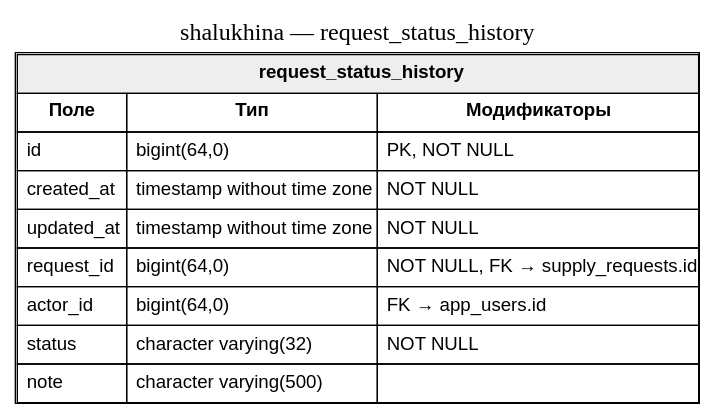
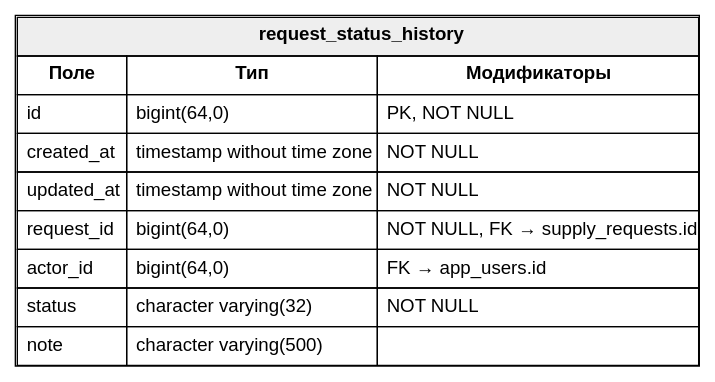
The diagram in database-screenshots/dot/tables/request_status_history.dot (diplomas-2026/shalukhina), drawn with Graphviz before and after one commit. The commit also changed 29 other files, not shown here.

Commit message:
Add database schema screenshots

```diff
--- a/database-screenshots/dot/tables/request_status_history.dot
+++ b/database-screenshots/dot/tables/request_status_history.dot
@@ -1,7 +1,5 @@
 digraph single_table {
   graph [rankdir=TB, fontsize=18];
   node [shape=plain, fontname="Arial"];
-  label="shalukhina — request_status_history";
-  labelloc=t;
   "request_status_history" [label=<<TABLE BORDER="1" CELLBORDER="1" CELLSPACING="0" CELLPADDING="6"><TR><TD BGCOLOR="#eeeeee" COLSPAN="3"><B>request_status_history</B></TD></TR><TR><TD><B>Поле</B></TD><TD><B>Тип</B></TD><TD><B>Модификаторы</B></TD></TR><TR><TD ALIGN="LEFT">id</TD><TD ALIGN="LEFT">bigint(64,0)</TD><TD ALIGN="LEFT">PK, NOT NULL</TD></TR><TR><TD ALIGN="LEFT">created_at</TD><TD ALIGN="LEFT">timestamp without time zone</TD><TD ALIGN="LEFT">NOT NULL</TD></TR><TR><TD ALIGN="LEFT">updated_at</TD><TD ALIGN="LEFT">timestamp without time zone</TD><TD ALIGN="LEFT">NOT NULL</TD></TR><TR><TD ALIGN="LEFT">request_id</TD><TD ALIGN="LEFT">bigint(64,0)</TD><TD ALIGN="LEFT">NOT NULL, FK → supply_requests.id</TD></TR><TR><TD ALIGN="LEFT">actor_id</TD><TD ALIGN="LEFT">bigint(64,0)</TD><TD ALIGN="LEFT">FK → app_users.id</TD></TR><TR><TD ALIGN="LEFT">status</TD><TD ALIGN="LEFT">character varying(32)</TD><TD ALIGN="LEFT">NOT NULL</TD></TR><TR><TD ALIGN="LEFT">note</TD><TD ALIGN="LEFT">character varying(500)</TD><TD ALIGN="LEFT"></TD></TR></TABLE>>];
 }
```
